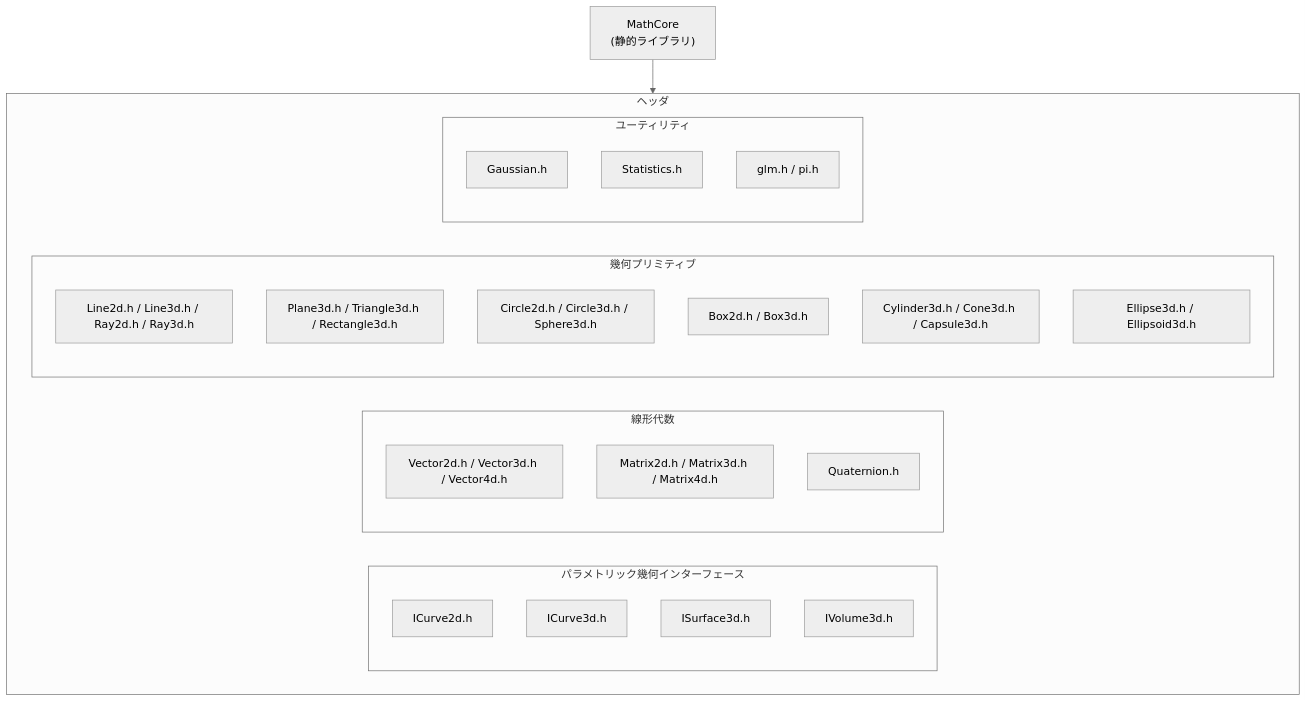
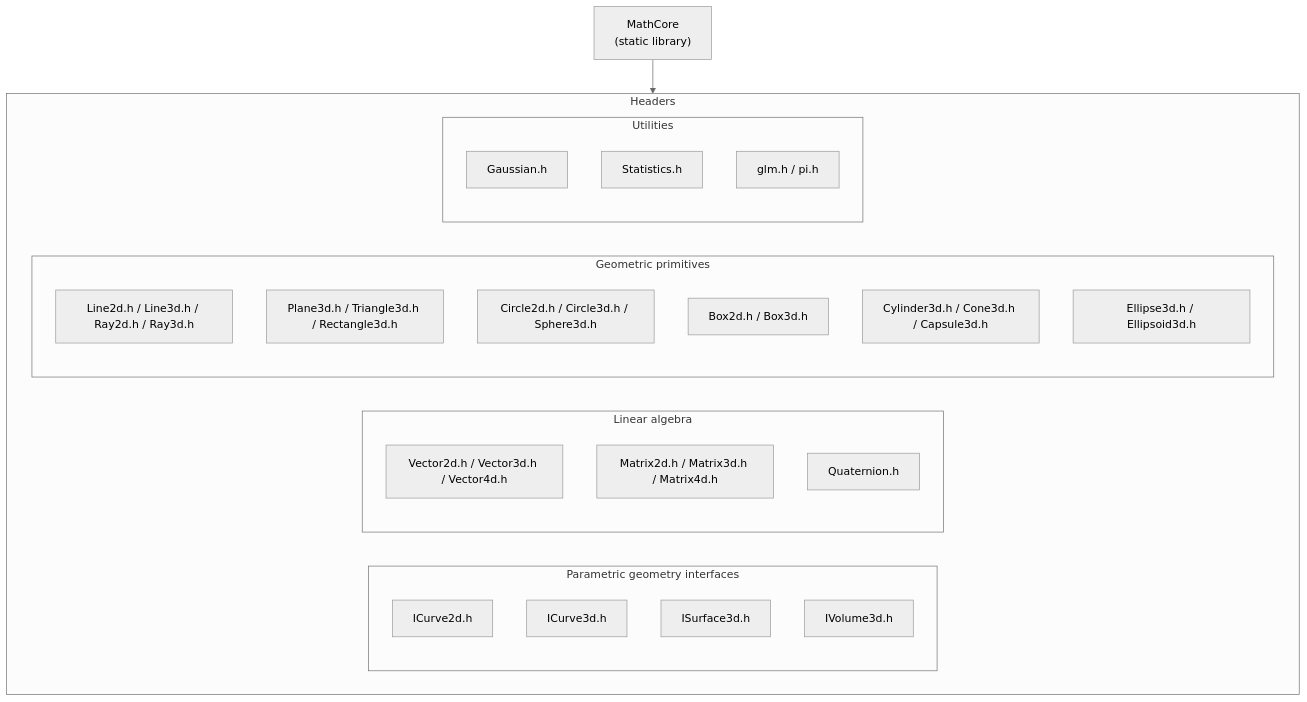
One commit to PhantomGraphics/CGLib changed the diagram in Math/readme.md. Above: the diagram before and after it, drawn with Mermaid (neutral theme). The commit also changed other lines of this file and 9 other files, not shown here.

````diff
--- a/Math/readme.md
+++ b/Math/readme.md
@@ -6,36 +7,36 @@
 ```mermaid
 flowchart TB
-    A["MathCore\n(静的ライブラリ)"]
+    A["MathCore\n(static library)"]
 
-    subgraph H[ヘッダ]
-        subgraph HI[パラメトリック幾何インターフェース]
+    subgraph H[Headers]
+        subgraph HI[Parametric geometry interfaces]
             HI1[ICurve2d.h]
             HI2[ICurve3d.h]
             HI3[ISurface3d.h]
             HI4[IVolume3d.h]
         end
 
-        subgraph HV[線形代数]
+        subgraph HV[Linear algebra]
             HV1[Vector2d.h / Vector3d.h / Vector4d.h]
             HV2[Matrix2d.h / Matrix3d.h / Matrix4d.h]
             HV3[Quaternion.h]
         end
 
-        subgraph HG[幾何プリミティブ]
+        subgraph HG[Geometric primitives]
             HG1[Line2d.h / Line3d.h / Ray2d.h / Ray3d.h]
             HG2[Plane3d.h / Triangle3d.h / Rectangle3d.h]
             HG3[Circle2d.h / Circle3d.h / Sphere3d.h]
             HG4[Box2d.h / Box3d.h]
             HG5[Cylinder3d.h / Cone3d.h / Capsule3d.h]
             HG6[Ellipse3d.h / Ellipsoid3d.h]
         end
 
-        subgraph HU[ユーティリティ]
+        subgraph HU[Utilities]
             HU1[Gaussian.h]
             HU2[Statistics.h]
             HU3[glm.h / pi.h]
         end
     end
 
     A --> H
 ```
````
